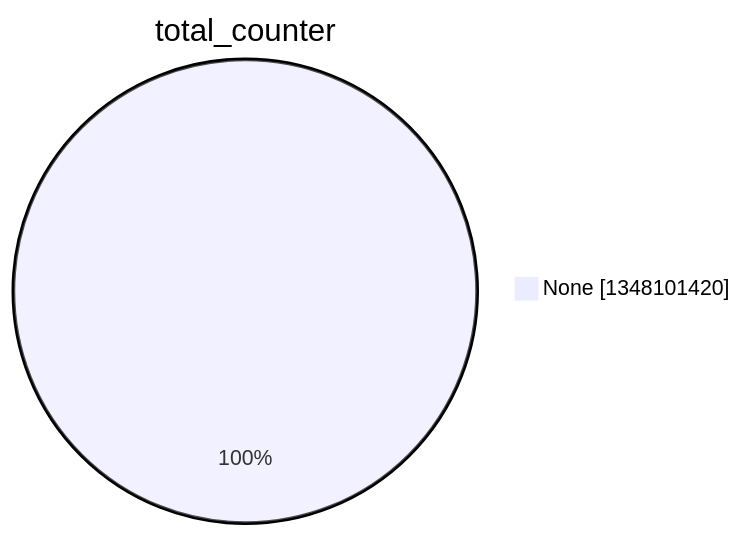
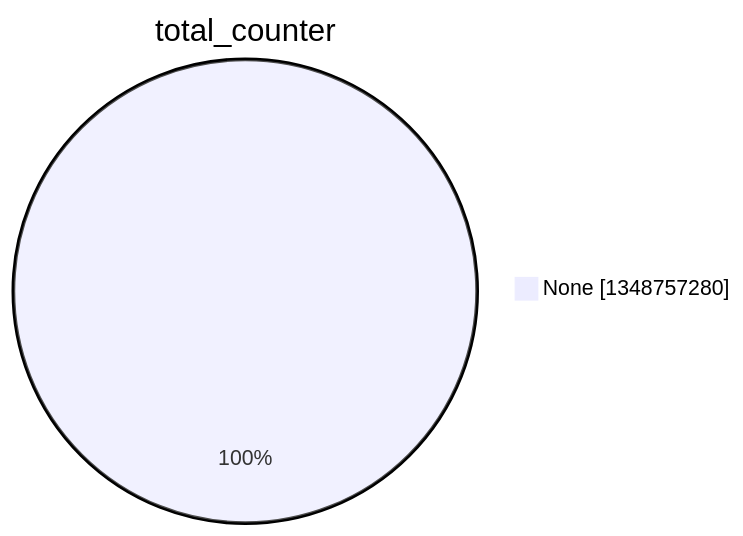
One commit to christiankrug/ctmonitor_visualization changed the second of 15 diagrams in argon2022/README.md. Above: the diagram before and after it, drawn with Mermaid. The commit also changed other lines of this file, not shown here.

````diff
--- a/argon2022/README.md
+++ b/argon2022/README.md
@@ -9,5 +9,5 @@
 ```mermaid
 pie showData
 title total_counter
-"None" :1348101420
+"None" :1348757280
 ```
````
